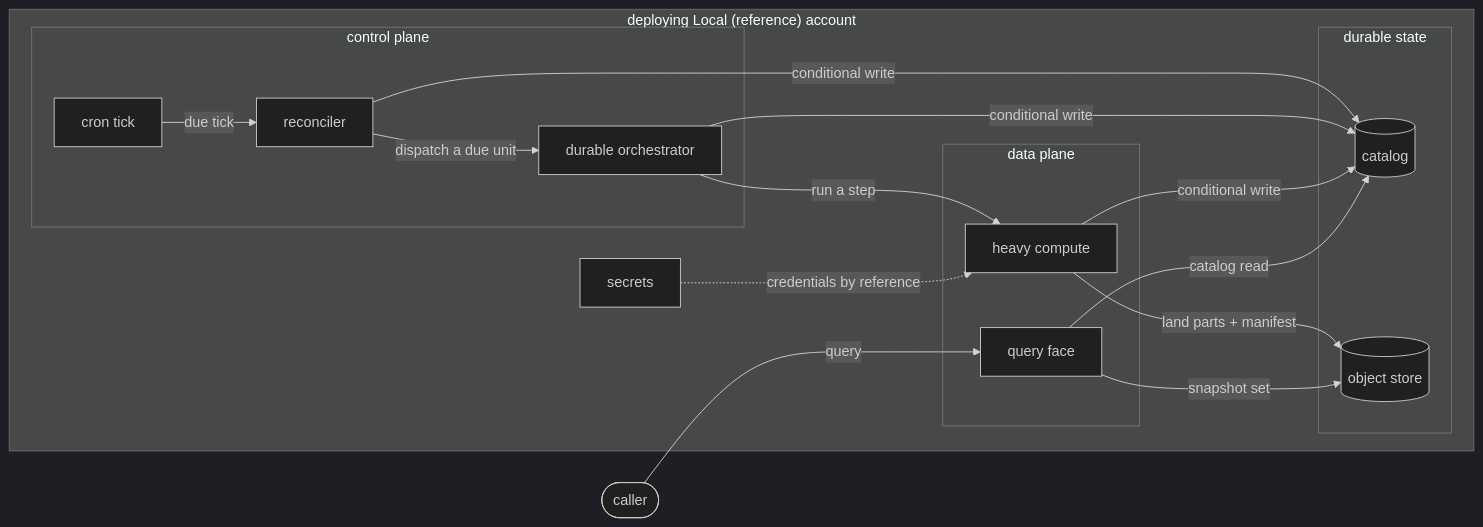
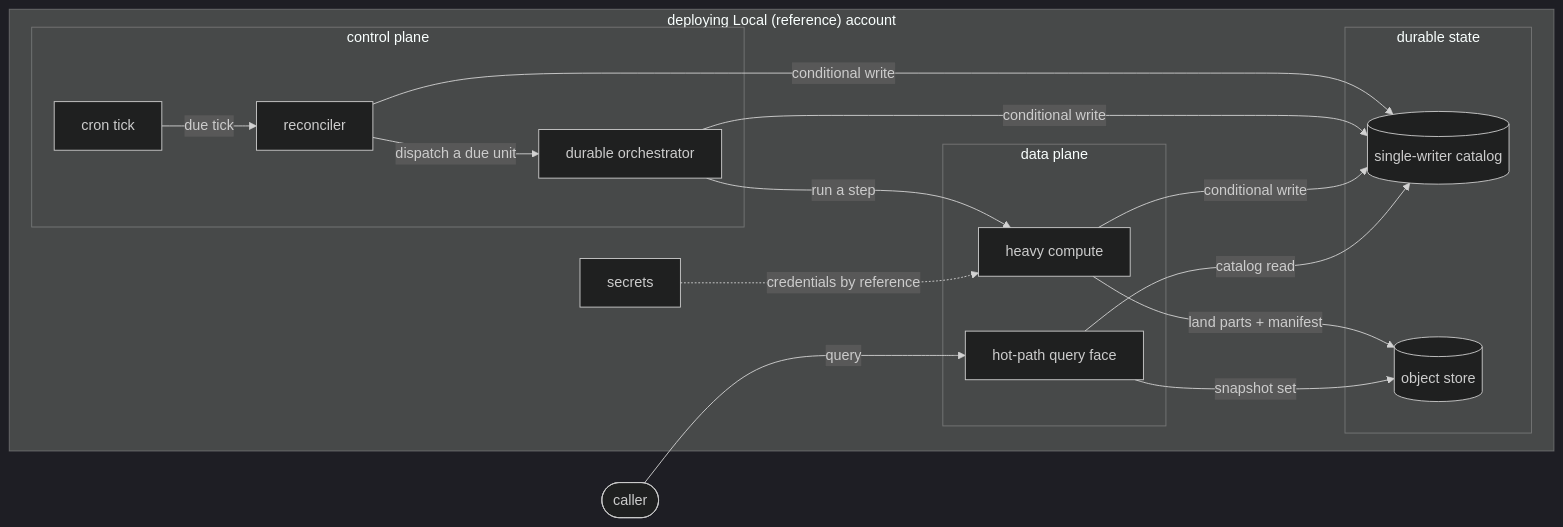
The third of 3 diagrams in spec/targets.md (fractalboxdev/contextful), drawn with Mermaid (dark theme) before and after one commit. The commit also changed other lines of this file and 9 other files, not shown here.

First line of the commit message:
spec: diagram parser, bounds and topology corrections

````diff
--- a/spec/targets.md
+++ b/spec/targets.md
@@ -120,26 +120,26 @@
 ```mermaid
 flowchart LR
   CALLER(["caller"])
   subgraph ACCOUNT["deploying Local (reference) account"]
     subgraph CONTROL["control plane"]
       TICK["cron tick"]
       REC["reconciler"]
       ORCH["durable orchestrator"]
     end
     subgraph DATA["data plane"]
       COMP["heavy compute"]
-      QF["query face"]
+      QF["hot-path query face"]
     end
     subgraph STATE["durable state"]
-      CAT[("catalog")]
+      CAT[("single-writer catalog")]
       OBJ[("object store")]
     end
     SEC["secrets"]
   end
   TICK -- "due tick" --> REC -- "dispatch a due unit" --> ORCH -- "run a step" --> COMP
   COMP -- "land parts + manifest" --> OBJ
   REC & ORCH & COMP -- "conditional write" --> CAT
   CALLER -- "query" --> QF -- "snapshot set" --> OBJ
   QF -- "catalog read" --> CAT
   SEC -. "credentials by reference" .-> COMP
 ```
````
